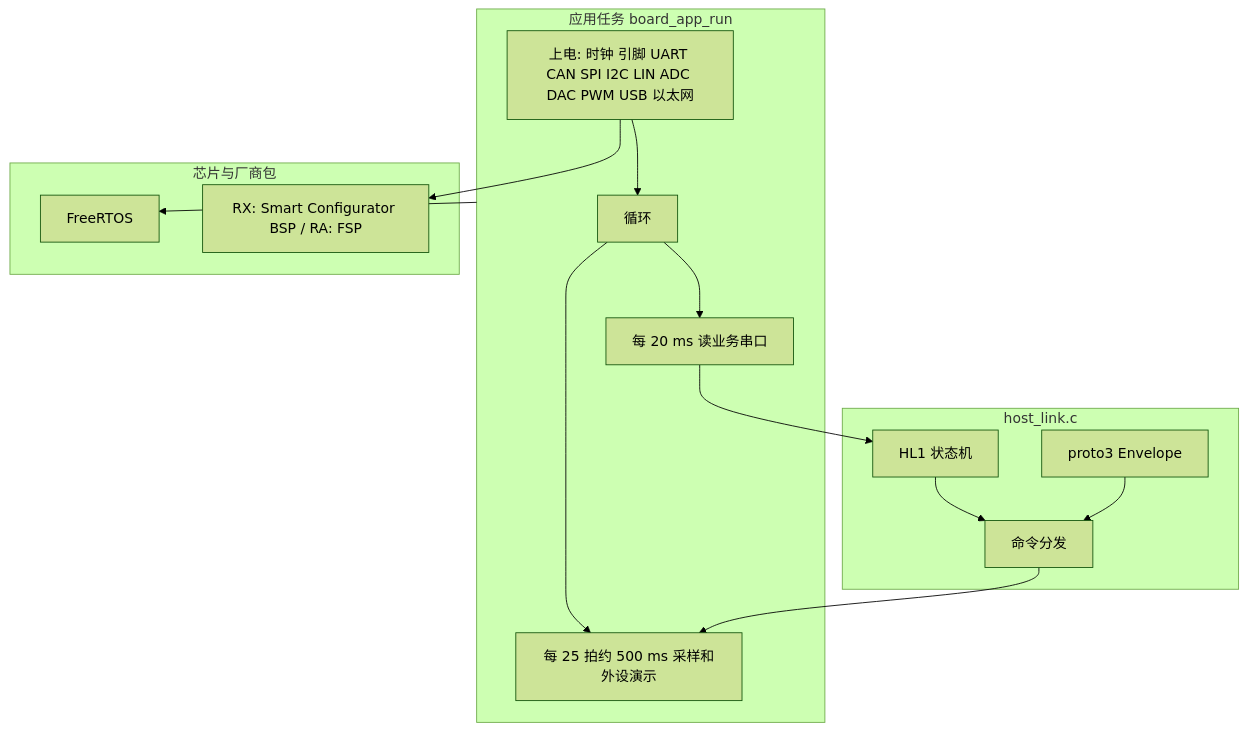
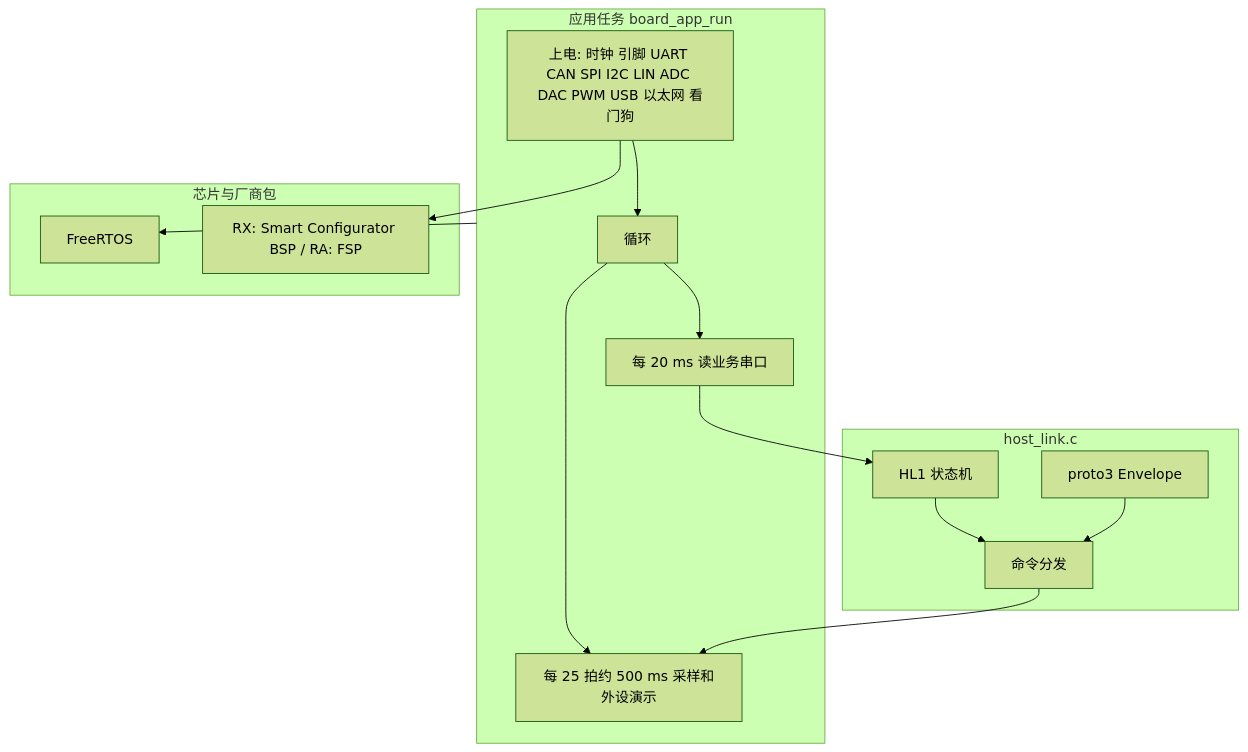
One commit to zhenhaibo99/Renesas_RX71M_RA8P changed the fourth of 8 diagrams in doc/software_architecture.md. Above: the diagram before and after it, drawn with Mermaid (forest theme). The commit also changed other lines of this file and 23 other files, not shown here.

````diff
--- a/doc/software_architecture.md
+++ b/doc/software_architecture.md
@@ -138,30 +138,30 @@
 ```mermaid
 flowchart TB
   subgraph task [应用任务 board_app_run]
-    init[上电: 时钟 引脚 UART CAN SPI I2C LIN ADC DAC PWM USB 以太网]
+    init[上电: 时钟 引脚 UART CAN SPI I2C LIN ADC DAC PWM USB 以太网 看门狗]
     loop[循环]
     pollUart[每 20 ms 读业务串口]
     pollIo[每 25 拍约 500 ms 采样和外设演示]
     init --> loop
     loop --> pollUart
     loop --> pollIo
   end
 
   subgraph link [host_link.c]
     parser[HL1 状态机]
     pb[proto3 Envelope]
     dispatch[命令分发]
     parser --> dispatch
     pb --> dispatch
   end
 
   subgraph chip [芯片与厂商包]
     rtos[FreeRTOS]
     hal[RX: Smart Configurator BSP / RA: FSP]
   end
 
   pollUart --> parser
   dispatch --> pollIo
   task --> rtos
   init --> hal
 ```
````
